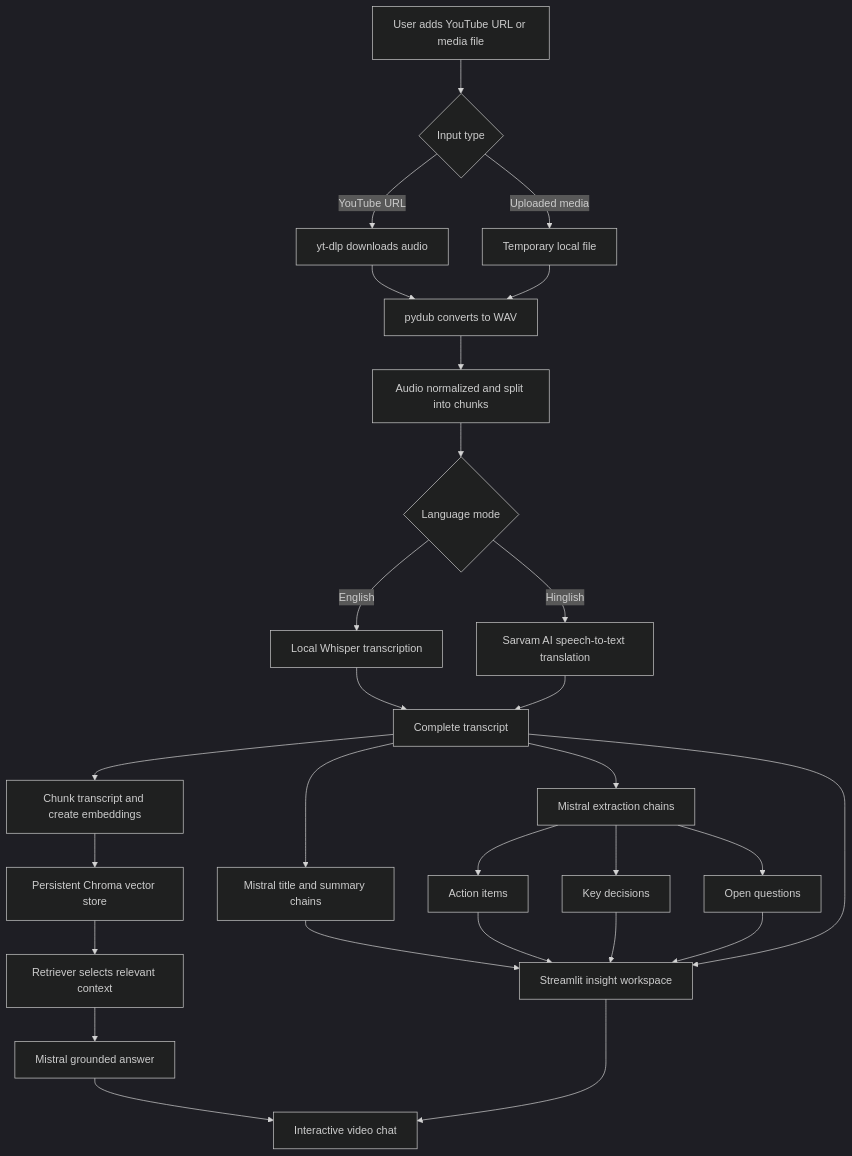
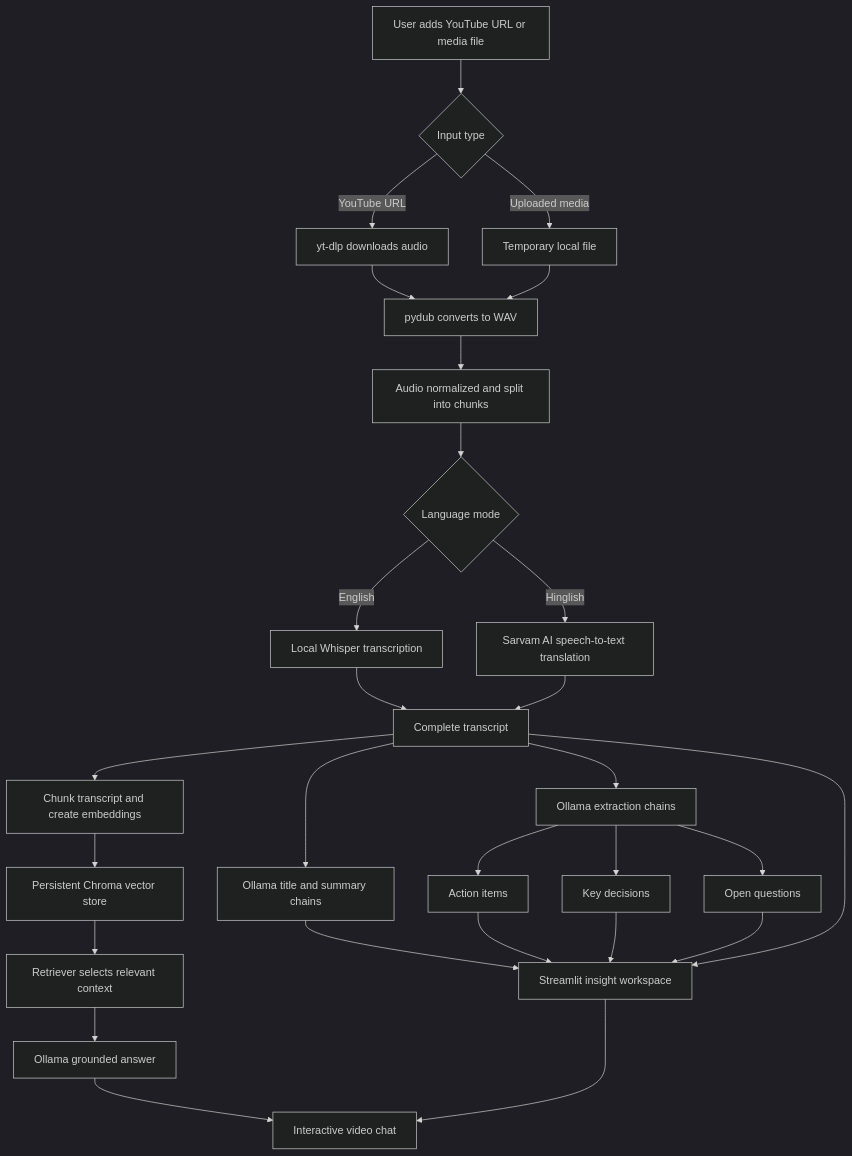
One commit to iyashagarwal/chalchitra changed the diagram in README.md. Above: the diagram before and after it, drawn with Mermaid (dark theme). The commit also changed other lines of this file and 7 other files, not shown here.

````diff
--- a/README.md
+++ b/README.md
@@ -33,30 +33,30 @@
 ```mermaid
 flowchart TD
 	A[User adds YouTube URL or media file] --> B{Input type}
 	B -->|YouTube URL| C[yt-dlp downloads audio]
 	B -->|Uploaded media| D[Temporary local file]
 	C --> E[pydub converts to WAV]
 	D --> E
 	E --> F[Audio normalized and split into chunks]
 	F --> G{Language mode}
 	G -->|English| H[Local Whisper transcription]
 	G -->|Hinglish| I[Sarvam AI speech-to-text translation]
 	H --> J[Complete transcript]
 	I --> J
-	J --> K[Mistral title and summary chains]
-	J --> L[Mistral extraction chains]
+	J --> K[Ollama title and summary chains]
+	J --> L[Ollama extraction chains]
 	L --> L1[Action items]
 	L --> L2[Key decisions]
 	L --> L3[Open questions]
 	J --> M[Chunk transcript and create embeddings]
 	M --> N[Persistent Chroma vector store]
 	N --> O[Retriever selects relevant context]
-	O --> P[Mistral grounded answer]
+	O --> P[Ollama grounded answer]
 	K --> Q[Streamlit insight workspace]
 	L1 --> Q
 	L2 --> Q
 	L3 --> Q
 	J --> Q
 	P --> R[Interactive video chat]
 	Q --> R
 ```
````
